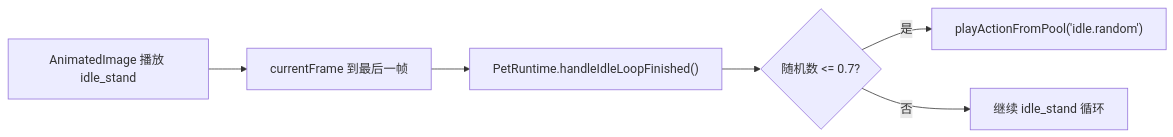
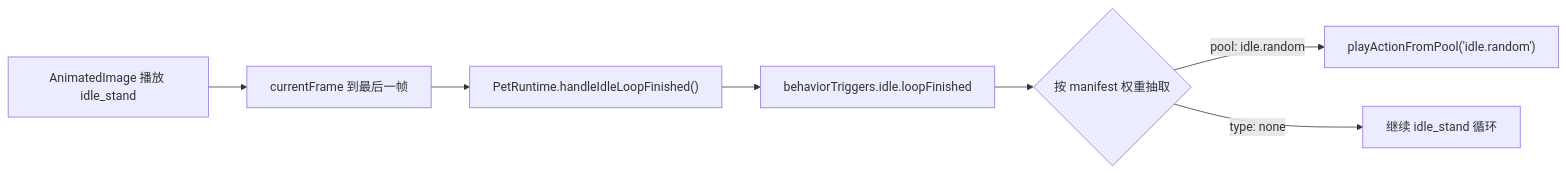
Diagram 29 of 30 in docs/v2/设计方案/皮肤包播放行为设计.md (tiantian180/MilesEdgeworth), drawn with Mermaid before and after one commit. The commit also changed other lines of this file and 7 other files, not shown here.

Commit message:
refactor: configure idle loop trigger in manifest

````diff
--- a/docs/v2/设计方案/皮肤包播放行为设计.md
+++ b/docs/v2/设计方案/皮肤包播放行为设计.md
@@ -2192,8 +2192,9 @@
 ```mermaid
 flowchart LR
     A["AnimatedImage 播放 idle_stand"] --> B["currentFrame 到最后一帧"]
     B --> C["PetRuntime.handleIdleLoopFinished()"]
-    C --> D{"随机数 <= 0.7?"}
-    D -->|是| E["playActionFromPool('idle.random')"]
-    D -->|否| F["继续 idle_stand 循环"]
+    C --> D["behaviorTriggers.idle.loopFinished"]
+    D --> E{"按 manifest 权重抽取"}
+    E -->|"pool: idle.random"| F["playActionFromPool('idle.random')"]
+    E -->|"type: none"| G["继续 idle_stand 循环"]
 ```
````
